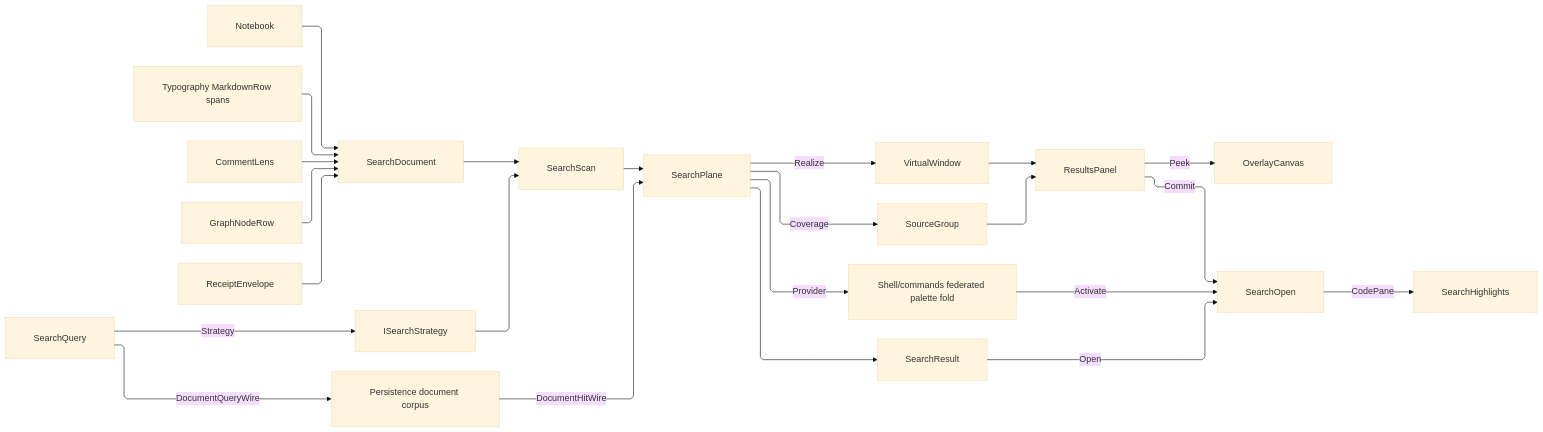
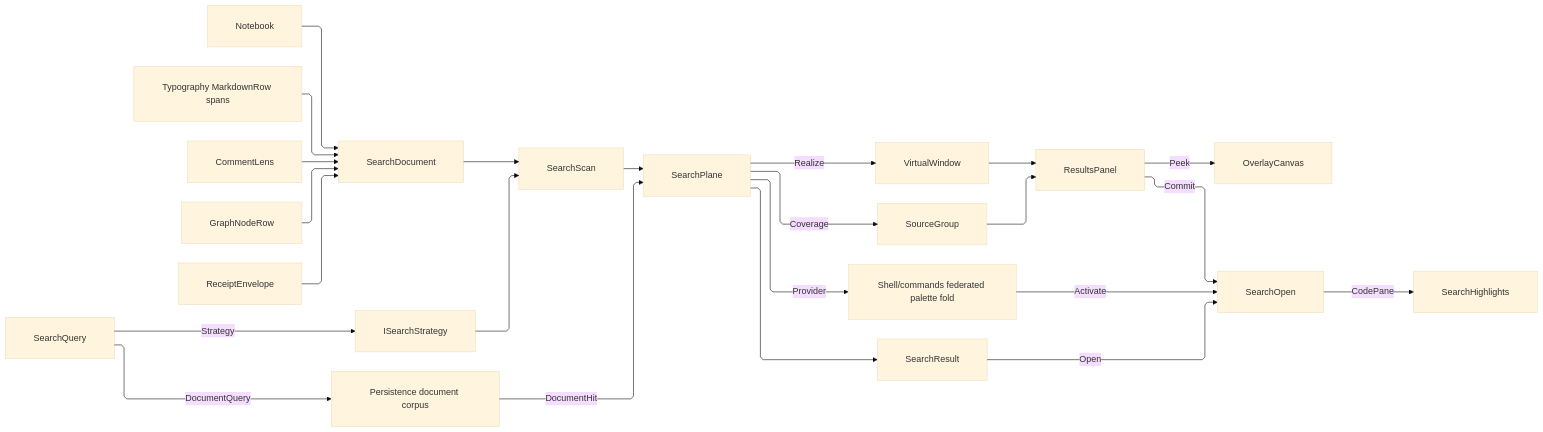
One commit to bsamiee/Rasm changed the diagram in libs/csharp/Rasm.AppUi/.planning/Document/search.md. Above: the diagram before and after it, drawn with Mermaid (base theme). The commit also changed other lines of this file and 33 other files, not shown here.

````diff
--- a/libs/csharp/Rasm.AppUi/.planning/Document/search.md
+++ b/libs/csharp/Rasm.AppUi/.planning/Document/search.md
@@ -804,34 +785,34 @@
 ```mermaid
 ---
 config:
   layout: elk
   flowchart:
     curve: linear
     padding: 25
 ---
 flowchart LR
     accTitle: Document search coverage, ranking, navigation, and the results panel
     accDescr: Five landed owners projecting into one candidate shape, a query minting one match strategy for both the corpus scan and the code pane, a plane merging local and resident hits into one keyed cache realized through the virtualization window, the plane contributing its rows into the shell palette's one federated fold, a total open dispatch routing each activated result to its surface, and a results panel banding the realized window under the plane's own per-source totals.
     Notebook --> SearchDocument
     MarkdownRows["Typography MarkdownRow spans"] --> SearchDocument
     CommentLens --> SearchDocument
     GraphNodeRow --> SearchDocument
     ReceiptEnvelope --> SearchDocument
     SearchQuery -->|Strategy| ISearchStrategy
     ISearchStrategy --> SearchScan
     SearchDocument --> SearchScan
-    SearchQuery -->|DocumentQueryWire| ResidentIndex["Persistence document corpus"]
-    ResidentIndex -->|DocumentHitWire| SearchPlane
+    SearchQuery -->|DocumentQuery| ResidentIndex["Persistence document corpus"]
+    ResidentIndex -->|DocumentHit| SearchPlane
     SearchScan --> SearchPlane
     SearchPlane -->|Realize| VirtualWindow
     VirtualWindow --> ResultsPanel
     SearchPlane -->|Coverage| SourceGroup
     SourceGroup --> ResultsPanel
     ResultsPanel -->|Peek| OverlayCanvas
     ResultsPanel -->|Commit| SearchOpen
     SearchPlane -->|Provider| Palette["Shell/commands federated palette fold"]
     SearchPlane --> SearchResult
     Palette -->|Activate| SearchOpen
     SearchResult -->|Open| SearchOpen
     SearchOpen -->|CodePane| SearchHighlights
 ```
````
